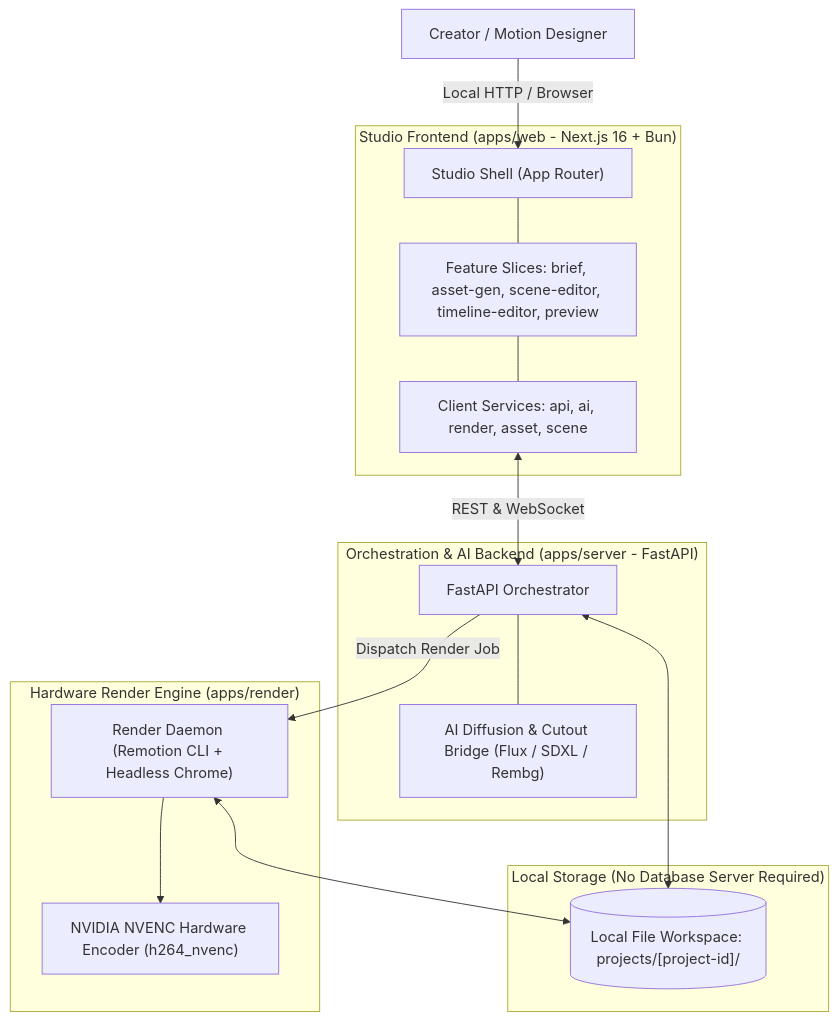
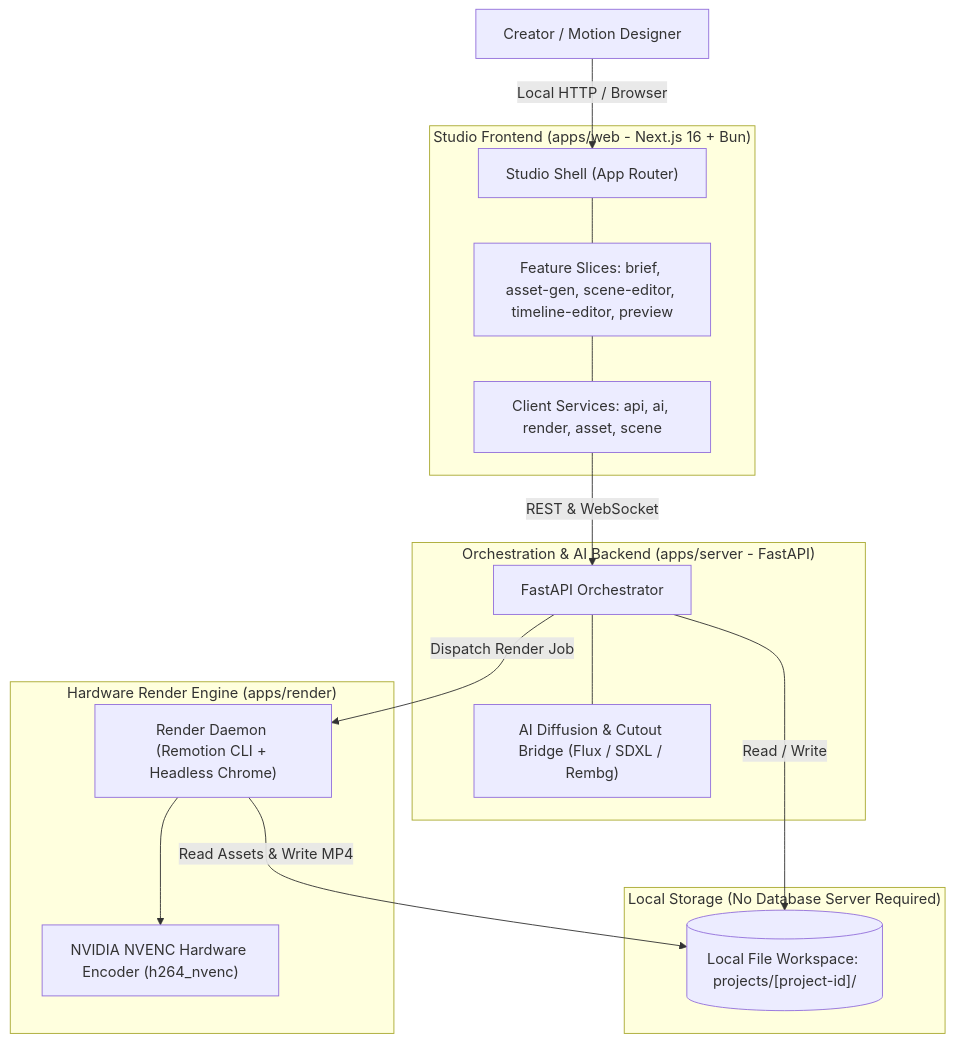
One commit to hoanglong2206/Video-Tool changed the diagram in docs/architecture/SYSTEM_OVERVIEW.md. Above: the diagram before and after it, drawn with Mermaid. The commit also changed 5 other files, not shown here.

Commit message:
fix(docs): resolve mermaid diagram arrow syntax and node pairings for github renderer

````diff
--- a/docs/architecture/SYSTEM_OVERVIEW.md
+++ b/docs/architecture/SYSTEM_OVERVIEW.md
@@ -24,34 +24,34 @@
 ```mermaid
 graph TD
     User["Creator / Motion Designer"]
 
     subgraph FrontendTier ["Studio Frontend (apps/web - Next.js 16 + Bun)"]
         Web["Studio Shell (App Router)"]
         Features["Feature Slices: brief, asset-gen, scene-editor, timeline-editor, preview"]
         Services["Client Services: api, ai, render, asset, scene"]
         Web --- Features
         Features --- Services
     end
 
     subgraph BackendTier ["Orchestration & AI Backend (apps/server - FastAPI)"]
         Server["FastAPI Orchestrator"]
         AI_Bridge["AI Diffusion & Cutout Bridge (Flux / SDXL / Rembg)"]
         Server --- AI_Bridge
     end
 
     subgraph StorageTier ["Local Storage (No Database Server Required)"]
         ProjectsDir[("Local File Workspace: projects/[project-id]/")]
     end
 
     subgraph RenderTier ["Hardware Render Engine (apps/render)"]
         Worker["Render Daemon (Remotion CLI + Headless Chrome)"]
         NVENC["NVIDIA NVENC Hardware Encoder (h264_nvenc)"]
         Worker --> NVENC
     end
 
     User -->|Local HTTP / Browser| Web
-    Services <-->|REST & WebSocket| Server
-    Server <--> ProjectsDir
+    Services -->|REST & WebSocket| Server
+    Server -->|Read / Write| ProjectsDir
     Server -->|Dispatch Render Job| Worker
-    Worker <--> ProjectsDir
+    Worker -->|Read Assets & Write MP4| ProjectsDir
 ```
````
